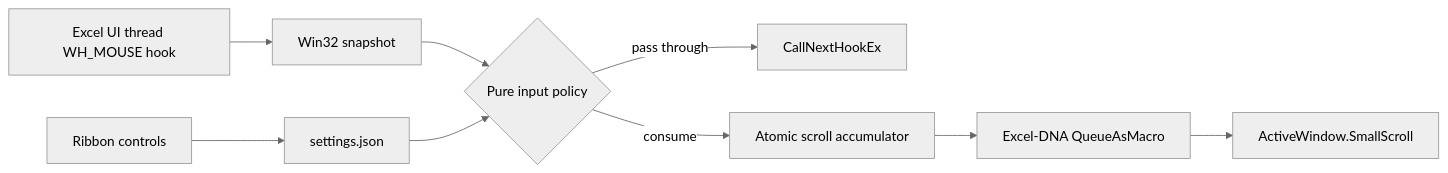
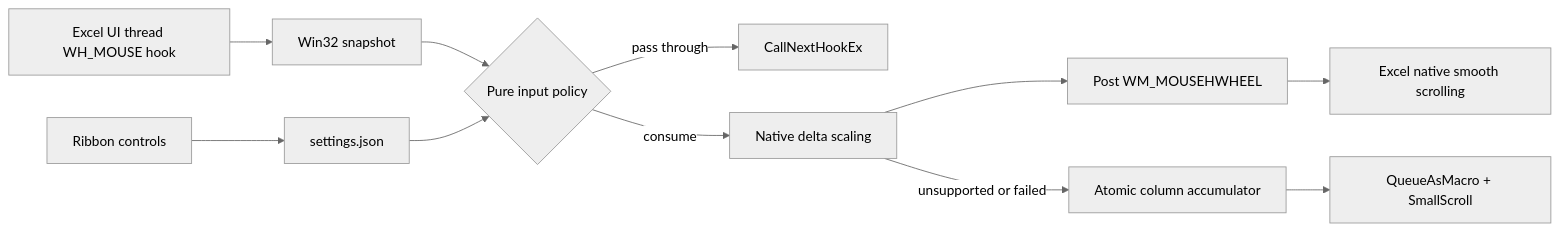
The diagram in docs/architecture.md (Xebet/ExcelShiftScroll), drawn with Mermaid (neutral theme) before and after one commit. The commit also changed other lines of this file and 24 other files, not shown here.

Commit message:
feat: use Excel native smooth horizontal scrolling

````diff
--- a/docs/architecture.md
+++ b/docs/architecture.md
@@ -7,11 +7,13 @@
 ```mermaid
 flowchart LR
     A[Excel UI thread WH_MOUSE hook] --> B[Win32 snapshot]
     B --> C{Pure input policy}
     C -->|pass through| D[CallNextHookEx]
-    C -->|consume| E[Atomic scroll accumulator]
-    E --> F[Excel-DNA QueueAsMacro]
-    F --> G[ActiveWindow.SmallScroll]
-    H[settings.json] --> C
-    I[Ribbon controls] --> H
+    C -->|consume| E[Native delta scaling]
+    E --> F[Post WM_MOUSEHWHEEL]
+    F --> G[Excel native smooth scrolling]
+    E -->|unsupported or failed| H[Atomic column accumulator]
+    H --> I[QueueAsMacro + SmallScroll]
+    J[settings.json] --> C
+    K[Ribbon controls] --> J
 ```
````
